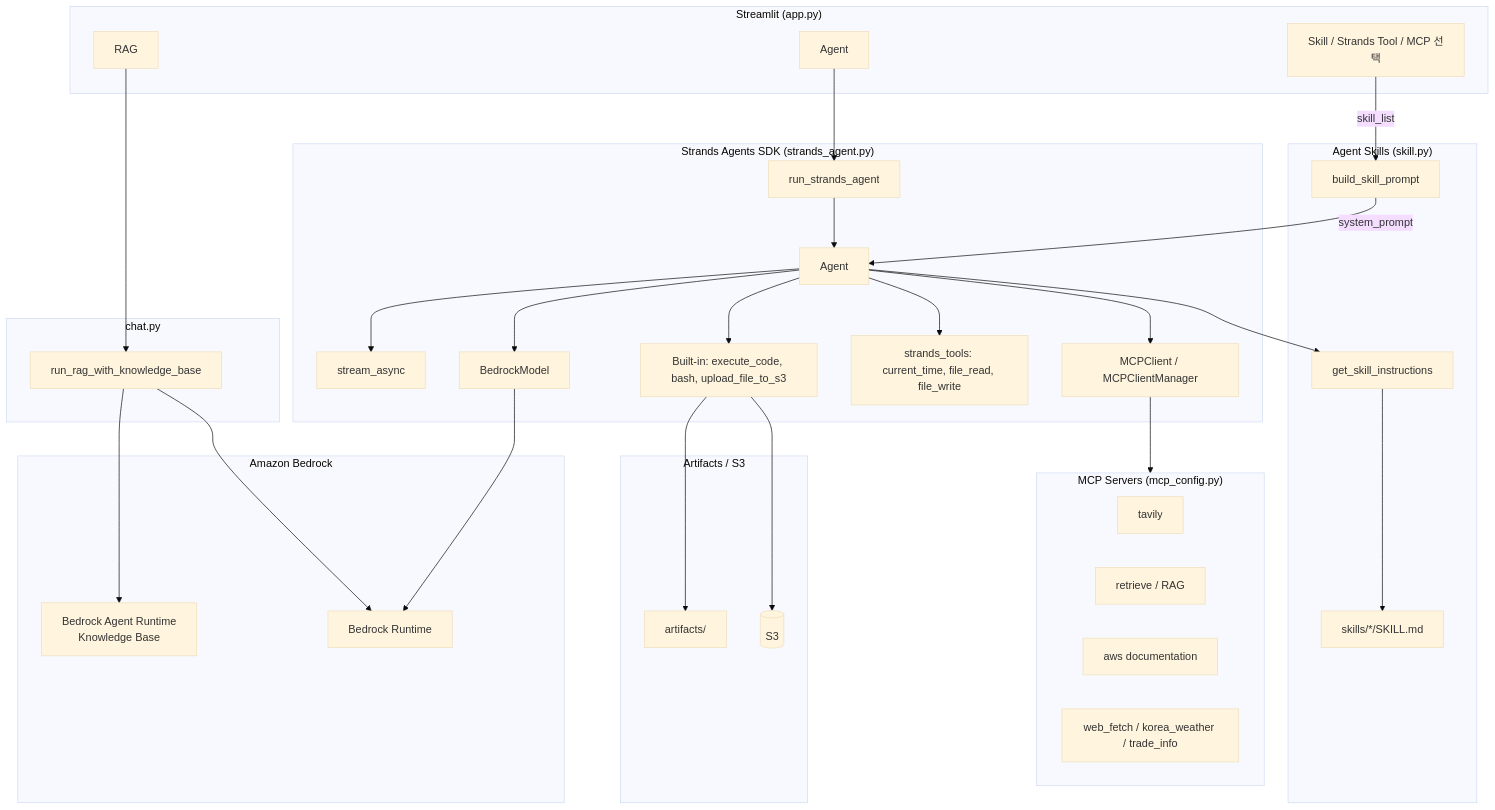
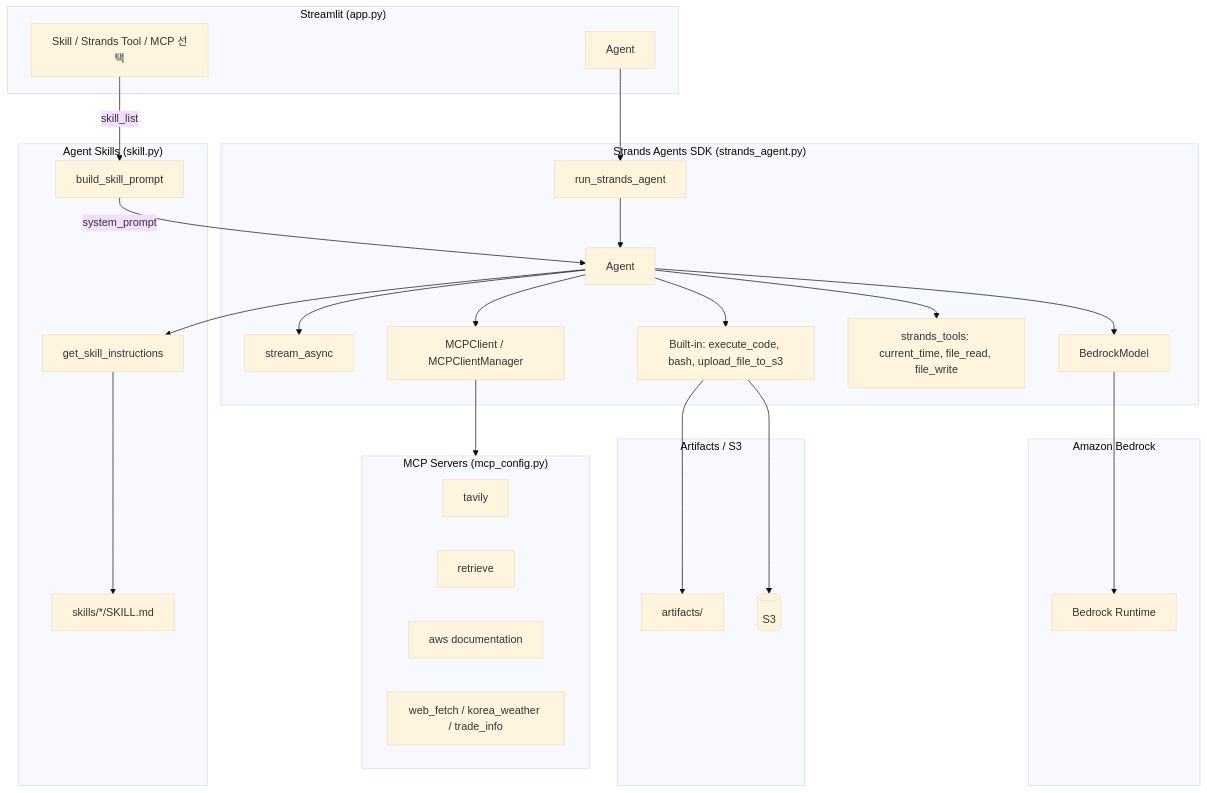
Before and after one commit to kyopark2014/sam-project: the diagram in README.md, drawn with Mermaid (base theme).

````diff
--- a/README.md
+++ b/README.md
@@ -27,66 +27,56 @@
 ```mermaid
 flowchart TB
   subgraph UI["Streamlit (app.py)"]
-    M2[RAG]
-    M3[Agent]
+    M[Agent]
     SKUI[Skill / Strands Tool / MCP 선택]
-  end
-
-  subgraph Chat["chat.py"]
-    RAG[run_rag_with_knowledge_base]
   end
 
   subgraph LLM["Amazon Bedrock"]
     BR[Bedrock Runtime]
-    BKB[Bedrock Agent Runtime<br/>Knowledge Base]
   end
 
   subgraph Skills["Agent Skills (skill.py)"]
     SRC["skills/*/SKILL.md"]
     BSP[build_skill_prompt]
     GSI[get_skill_instructions]
   end
 
   subgraph StrandsStack["Strands Agents SDK (strands_agent.py)"]
     RSA[run_strands_agent]
     A[Agent]
     SA[stream_async]
     BM[BedrockModel]
     BT["Built-in: execute_code, bash, upload_file_to_s3"]
     ST["strands_tools: current_time, file_read, file_write"]
     MCP[MCPClient / MCPClientManager]
   end
 
   subgraph MCPServers["MCP Servers (mcp_config.py)"]
     T[tavily]
-    R[retrieve / RAG]
+    R[retrieve]
     AWS[aws documentation]
     WF[web_fetch / korea_weather / trade_info]
   end
 
   subgraph Storage["Artifacts / S3"]
     ART[artifacts/]
     S3[(S3)]
   end
 
-  M2 --> RAG
-  M3 --> RSA
+  M --> RSA
   SKUI -->|skill_list| BSP
-
-  RAG --> BKB
-  RAG --> BR
 
   RSA --> A
   A --> SA
   A --> BM
   BM --> BR
   A --> BT
   A --> ST
   A --> MCP
   A --> GSI
   BSP -->|system_prompt| A
   GSI --> SRC
   MCP --> MCPServers
   BT --> ART
   BT --> S3
 ```
````
